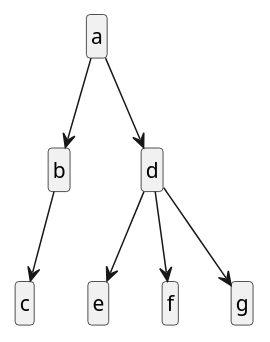
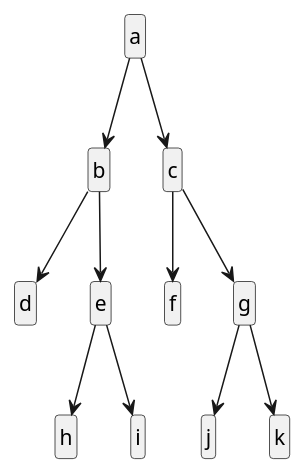
Before and after one commit to mmasias/23-24-eda1: the diagram in modelosUML/arboles/arboles001.puml, drawn with PlantUML. The commit also changed 18 other files, not shown here.

```diff
--- a/modelosUML/arboles/arboles001.puml
+++ b/modelosUML/arboles/arboles001.puml
@@ -1,11 +1,15 @@
 hide class circle
 hide empty members
 
 class a
 
 a -d-> b
-b -d-> c
-a -d-> d
-d -d-> e
-d -d-> f
-d -d-> g
+a -d-> c
+b -d-> d
+b -d-> e
+e -d-> h 
+e -d-> i
+c -d-> f 
+c -d-> g 
+g -d-> j
+g -d-> k
```
